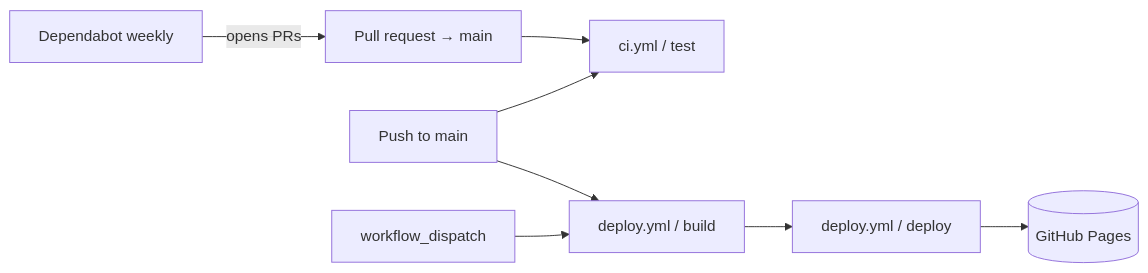
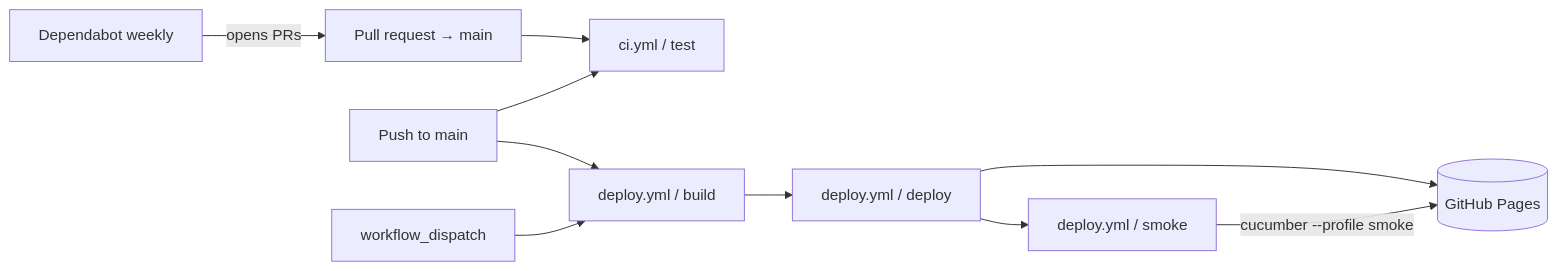
One commit to abraham/dockerfile-pub changed the diagram in docs/specs/github-workflows.md. Above: the diagram before and after it, drawn with Mermaid. The commit also changed other lines of this file and 52 other files, not shown here.

Commit message:
cleanup architecture

````diff
--- a/docs/specs/github-workflows.md
+++ b/docs/specs/github-workflows.md
@@ -17,9 +17,10 @@
 ```mermaid
 flowchart LR
   PR[Pull request → main] --> CI[ci.yml / test]
   PUSH[Push to main] --> CI
   PUSH --> DB[deploy.yml / build]
   DISPATCH[workflow_dispatch] --> DB
   DB --> DD[deploy.yml / deploy] --> PAGES[(GitHub Pages)]
+  DD --> DS[deploy.yml / smoke] -->|cucumber --profile smoke| PAGES
   DEP[Dependabot weekly] -->|opens PRs| PR
 ```
````
